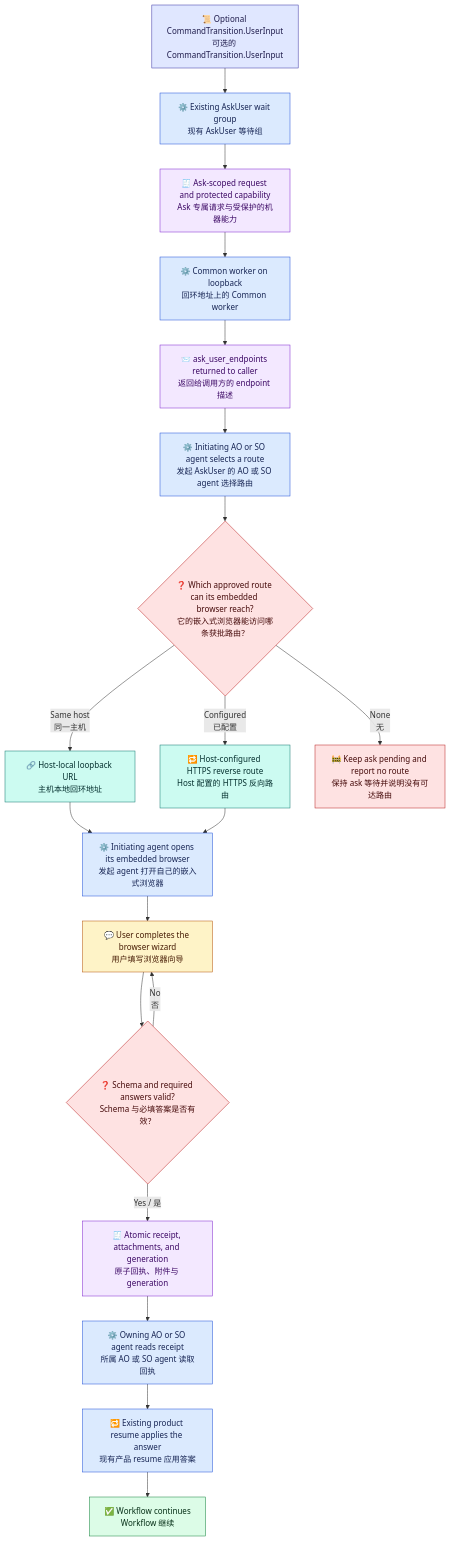
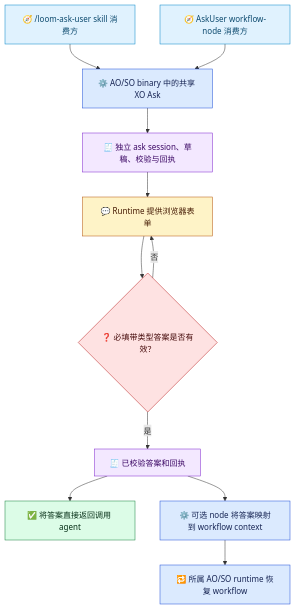
One commit to waynebaby/Techne-Loom changed the diagram in docs/zh-cn/architecture/ask-user-design.md. Above: the diagram before and after it, drawn with Mermaid. The commit also changed other lines of this file and 38 other files, not shown here.

First line of the commit message:
feat(ask): add workflow-free AO/SO sessions / 支持 AO/SO 独立问答

````diff
--- a/docs/zh-cn/architecture/ask-user-design.md
+++ b/docs/zh-cn/architecture/ask-user-design.md
@@ -17,38 +22,26 @@
 ```mermaid
 flowchart TD
-    CONTRACT["📜 Optional CommandTransition.UserInput<br/>可选的 CommandTransition.UserInput"] --> WAIT["⚙️ Existing AskUser wait group<br/>现有 AskUser 等待组"]
-    WAIT --> REQUEST["🧾 Ask-scoped request and protected capability<br/>Ask 专属请求与受保护的机器能力"]
-    REQUEST --> WORKER["⚙️ Common worker on loopback<br/>回环地址上的 Common worker"]
-    WORKER --> ENDPOINT["📨 ask_user_endpoints returned to caller<br/>返回给调用方的 endpoint 描述"]
-    ENDPOINT --> AGENT["⚙️ Initiating AO or SO agent selects a route<br/>发起 AskUser 的 AO 或 SO agent 选择路由"]
-    AGENT --> ROUTE{"❓ Which approved route can its embedded browser reach?<br/>它的嵌入式浏览器能访问哪条获批路由？"}
-    ROUTE -- "Same host<br/>同一主机" --> LOOPBACK["🔗 Host-local loopback URL<br/>主机本地回环地址"]
-    ROUTE -- "Configured<br/>已配置" --> REVERSE["🔁 Host-configured HTTPS reverse route<br/>Host 配置的 HTTPS 反向路由"]
-    ROUTE -- "None<br/>无" --> UNAVAILABLE["🚧 Keep ask pending and report no route<br/>保持 ask 等待并说明没有可达路由"]
-    LOOPBACK --> OPEN["⚙️ Initiating agent opens its embedded browser<br/>发起 agent 打开自己的嵌入式浏览器"]
-    REVERSE --> OPEN
-    OPEN --> CLIENT["💬 User completes the browser wizard<br/>用户填写浏览器向导"]
-    CLIENT --> VALIDATE{"❓ Schema and required answers valid?<br/>Schema 与必填答案是否有效？"}
-    VALIDATE -- "No<br/>否" --> CLIENT
-    VALIDATE -- "Yes / 是" --> RECEIPT["🧾 Atomic receipt, attachments, and generation<br/>原子回执、附件与 generation"]
-    RECEIPT --> OWNER["⚙️ Owning AO or SO agent reads receipt<br/>所属 AO 或 SO agent 读取回执"]
-    OWNER --> RESUME["🔁 Existing product resume applies the answer<br/>现有产品 resume 应用答案"]
-    RESUME --> DONE["✅ Workflow continues<br/>Workflow 继续"]
+    SKILL["🧭 /loom-ask-user skill 消费方"] --> XO["⚙️ AO/SO binary 中的共享 XO Ask"]
+    NODE["🧭 AskUser workflow-node 消费方"] --> XO
+    XO --> SESSION["🧾 独立 ask session、草稿、校验与回执"]
+    SESSION --> FORM["💬 Runtime 提供浏览器表单"]
+    FORM --> CHECK{"❓ 必填带类型答案是否有效？"}
+    CHECK -- "否" --> FORM
+    CHECK -- "是" --> RESULT["🧾 已校验答案和回执"]
+    RESULT --> DIRECT["✅ 将答案直接返回调用 agent"]
+    RESULT --> MAP["⚙️ 可选 node 将答案映射到 workflow context"]
+    MAP --> RESUME["🔁 所属 AO/SO runtime 恢复 workflow"]
 
-    classDef contract fill:#e0e7ff,stroke:#3730a3,color:#1e1b4b;
+    classDef consumer fill:#e0f2fe,stroke:#0284c7,color:#0c4a6e;
     classDef runtime fill:#dbeafe,stroke:#1d4ed8,color:#172554;
     classDef user fill:#fef3c7,stroke:#b45309,color:#451a03;
     classDef evidence fill:#f3e8ff,stroke:#7e22ce,color:#3b0764;
     classDef decision fill:#fee2e2,stroke:#b91c1c,color:#450a0a;
-    classDef route fill:#ccfbf1,stroke:#0f766e,color:#042f2e;
-    classDef blocked fill:#fee2e2,stroke:#b91c1c,color:#450a0a;
     classDef complete fill:#dcfce7,stroke:#15803d,color:#052e16;
-    class CONTRACT contract;
-    class WAIT,WORKER,AGENT,OPEN,OWNER,RESUME runtime;
-    class CLIENT user;
-    class REQUEST,ENDPOINT,RECEIPT evidence;
-    class ROUTE,VALIDATE decision;
-    class LOOPBACK,REVERSE route;
-    class UNAVAILABLE blocked;
-    class DONE complete;
+    class SKILL,NODE consumer;
+    class XO,MAP,RESUME runtime;
+    class FORM user;
+    class SESSION,RESULT evidence;
+    class CHECK decision;
+    class DIRECT complete;
 ```
````
